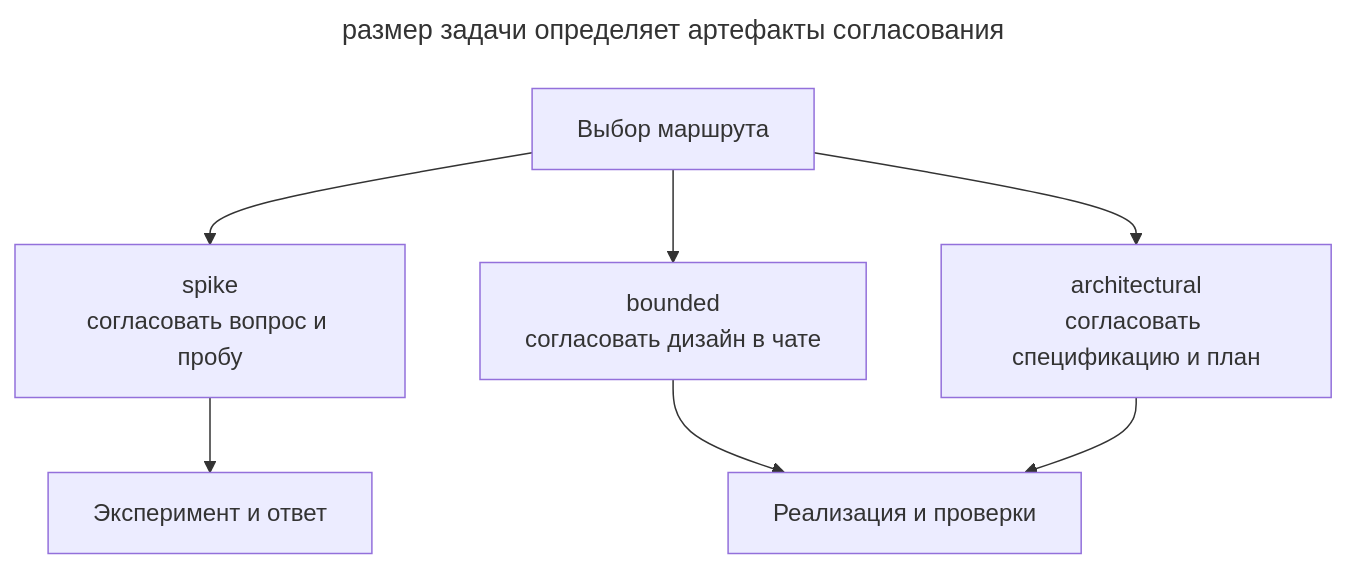
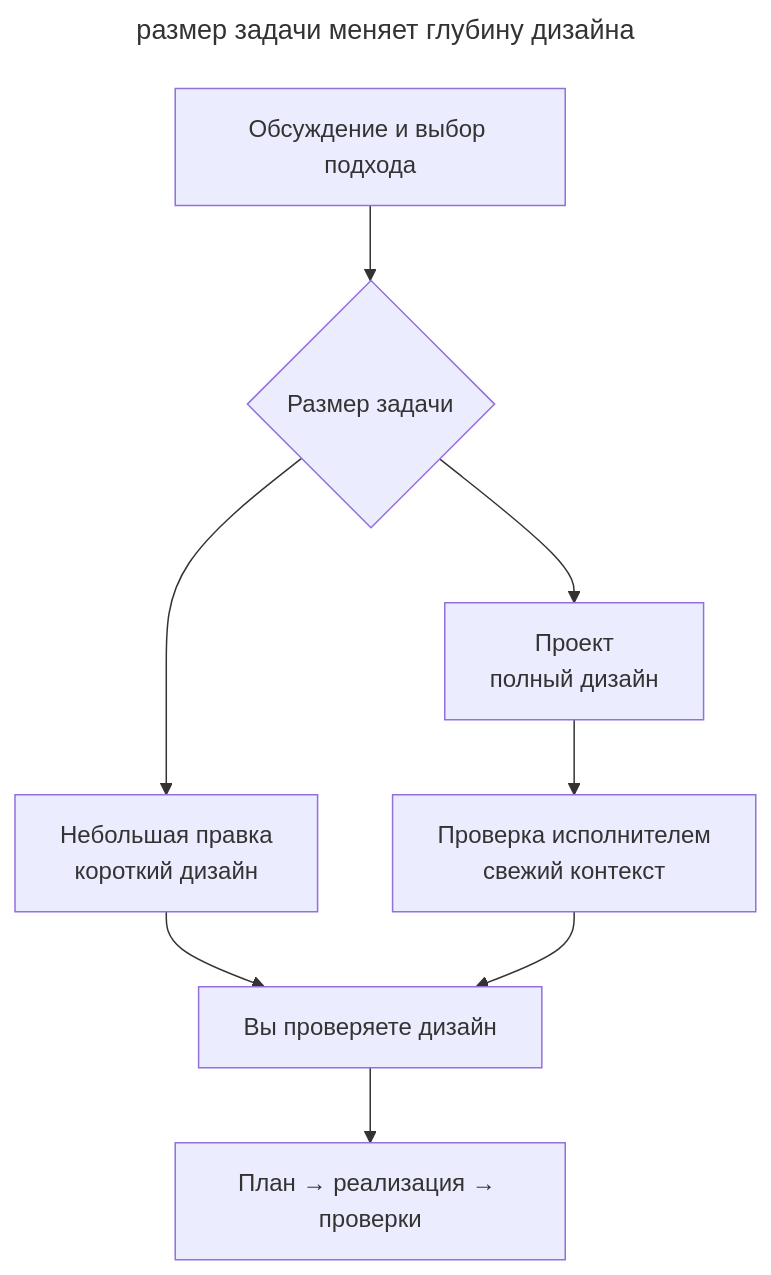
The diagram in book/ru/superpowers.md (mokevnin/agentic-coding-design-patterns), drawn with Mermaid before and after one commit. The commit also changed other lines of this file and 78 other files, not shown here.

````diff
--- a/book/ru/superpowers.md
+++ b/book/ru/superpowers.md
@@ -40,12 +32,13 @@
 ```mermaid
 ---
-title: размер задачи определяет артефакты согласования
+title: размер задачи меняет глубину дизайна
 ---
 flowchart TB
-  classify["Выбор маршрута"] --> spike["spike<br/>согласовать вопрос и пробу"]
-  classify --> bounded["bounded<br/>согласовать дизайн в чате"]
-  classify --> architecture["architectural<br/>согласовать спецификацию и план"]
-  spike --> answer["Эксперимент и ответ"]:::accent
-  bounded --> implementation["Реализация и проверки"]:::accent
-  architecture --> implementation
+  discuss["Обсуждение и выбор подхода"] --> size{"Размер задачи"}
+  size --> short["Небольшая правка<br/>короткий дизайн"]
+  size --> full["Проект<br/>полный дизайн"]
+  full --> check["Проверка исполнителем<br/>свежий контекст"]
+  short --> approval["Вы проверяете дизайн"]:::accent
+  check --> approval
+  approval --> plan["План → реализация → проверки"]
 ```
````
